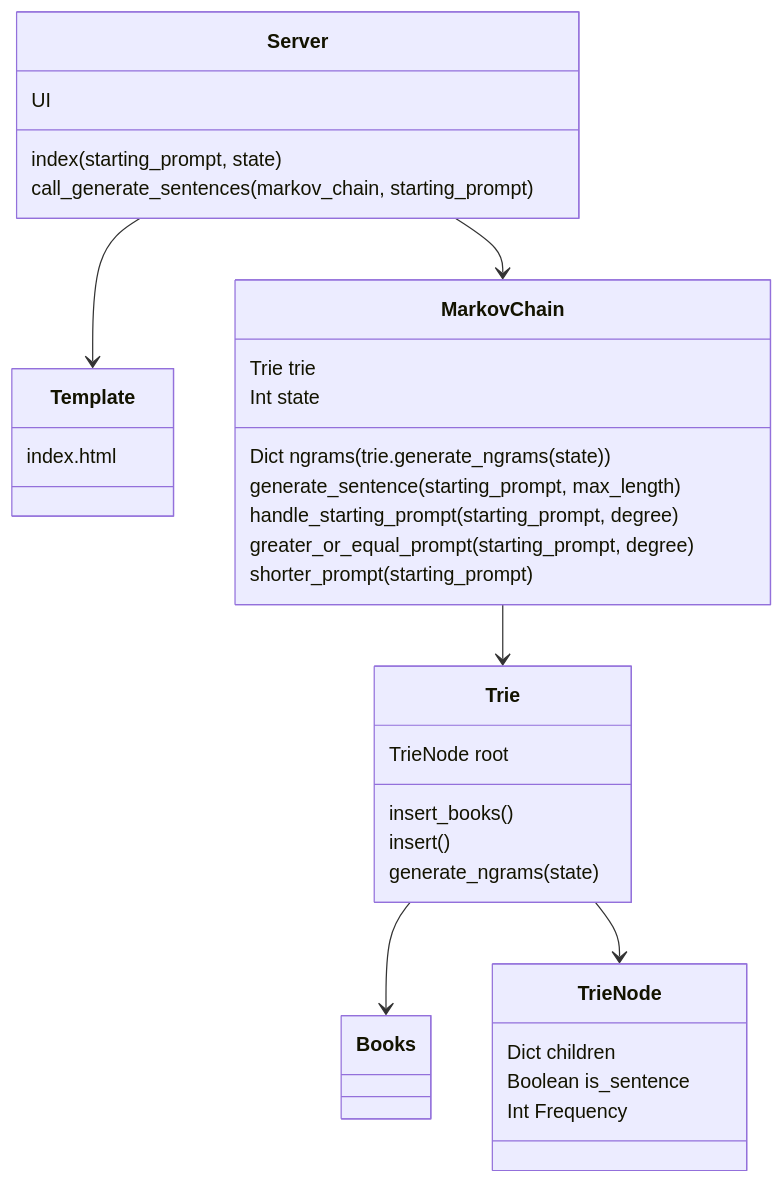
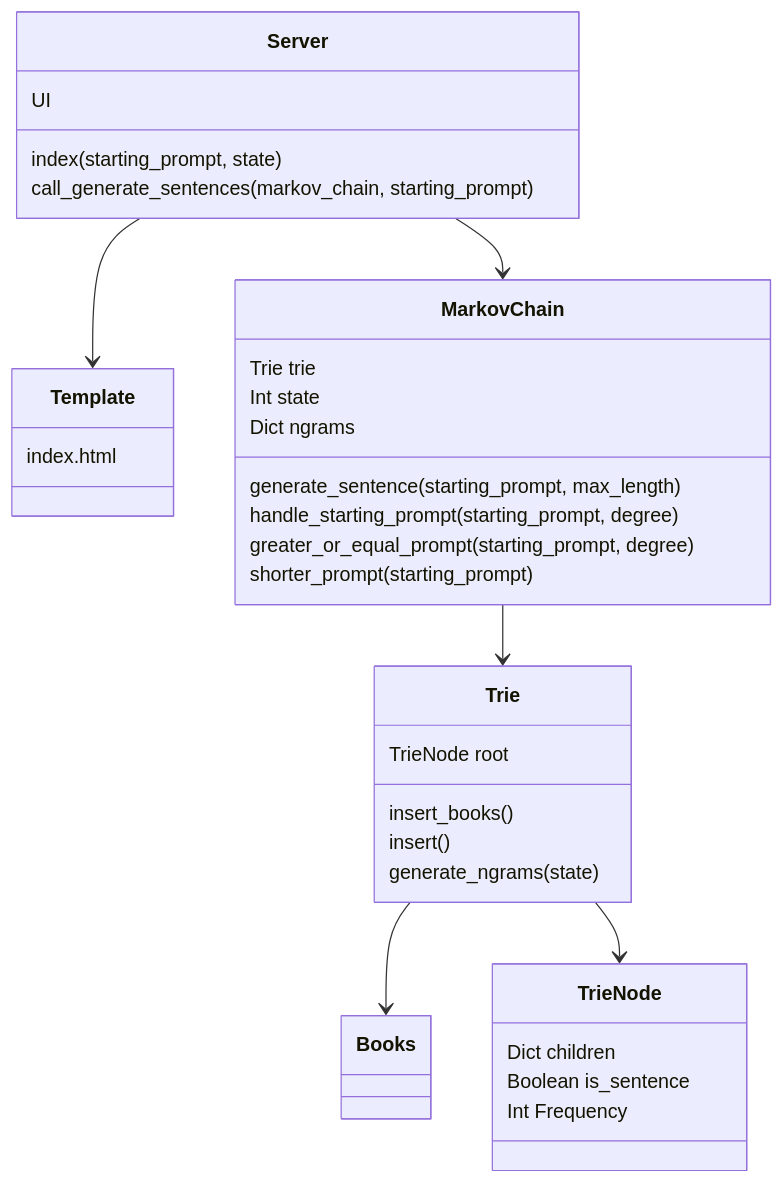
The diagram in documentation/implementation.md (kodtld/Markov-s-Letters), drawn with Mermaid before and after one commit.

````diff
--- a/documentation/implementation.md
+++ b/documentation/implementation.md
@@ -5,38 +5,38 @@
 ```mermaid
 classDiagram
   Server-->Template
   Server-->MarkovChain
   MarkovChain-->Trie
   Trie-->Books
   Trie-->TrieNode
 
   class TrieNode
     TrieNode: Dict children
     TrieNode: Boolean is_sentence
     TrieNode: Int Frequency
     
   class Trie
     Trie: TrieNode root
     Trie: insert_books()
     Trie: insert()
     Trie: generate_ngrams(state)
   
   class MarkovChain
     MarkovChain: Trie trie
     MarkovChain: Int state
-    MarkovChain: Dict ngrams(trie.generate_ngrams(state))
+    MarkovChain: Dict ngrams
     MarkovChain: generate_sentence(starting_prompt, max_length)
     MarkovChain: handle_starting_prompt(starting_prompt, degree)
     MarkovChain: greater_or_equal_prompt(starting_prompt, degree)
     MarkovChain: shorter_prompt(starting_prompt)
 
   class Books
 
   class Server
     Server: UI
     Server: index(starting_prompt, state)
     Server: call_generate_sentences(markov_chain, starting_prompt)
 
   class Template
     Template: index.html
   ```
````
